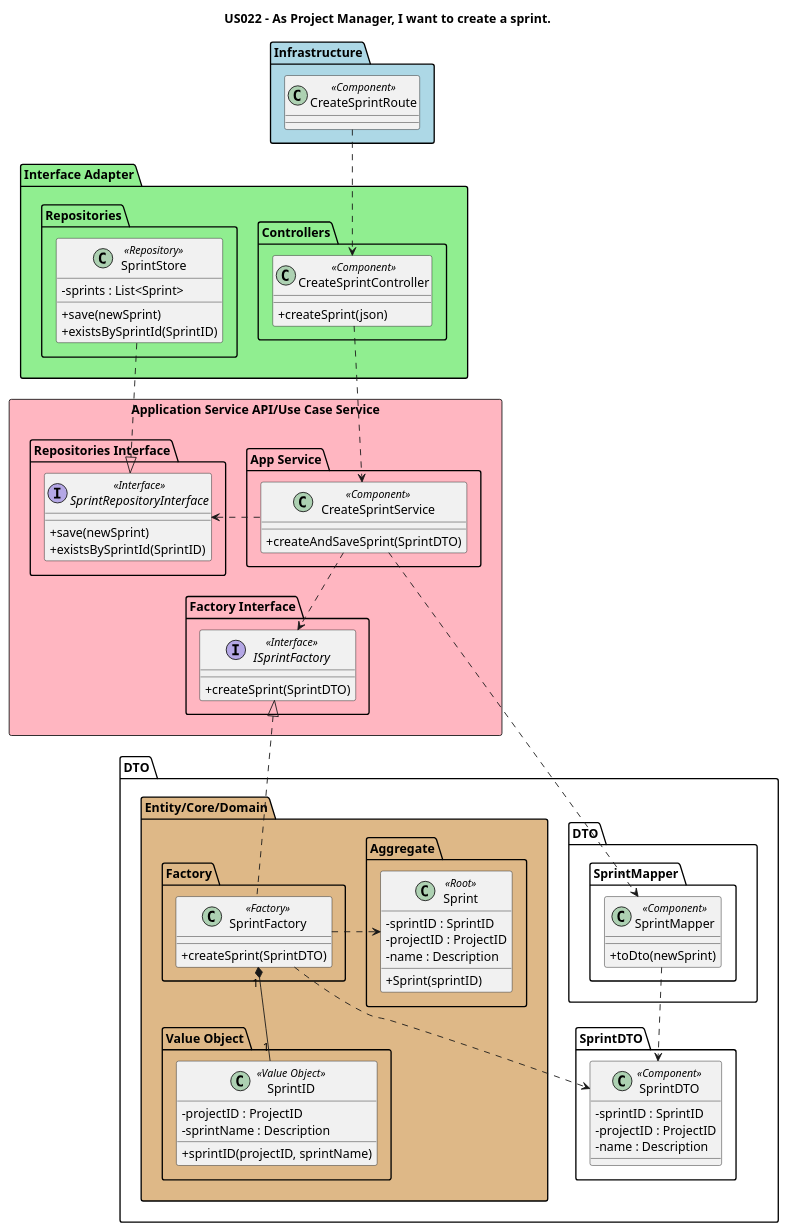
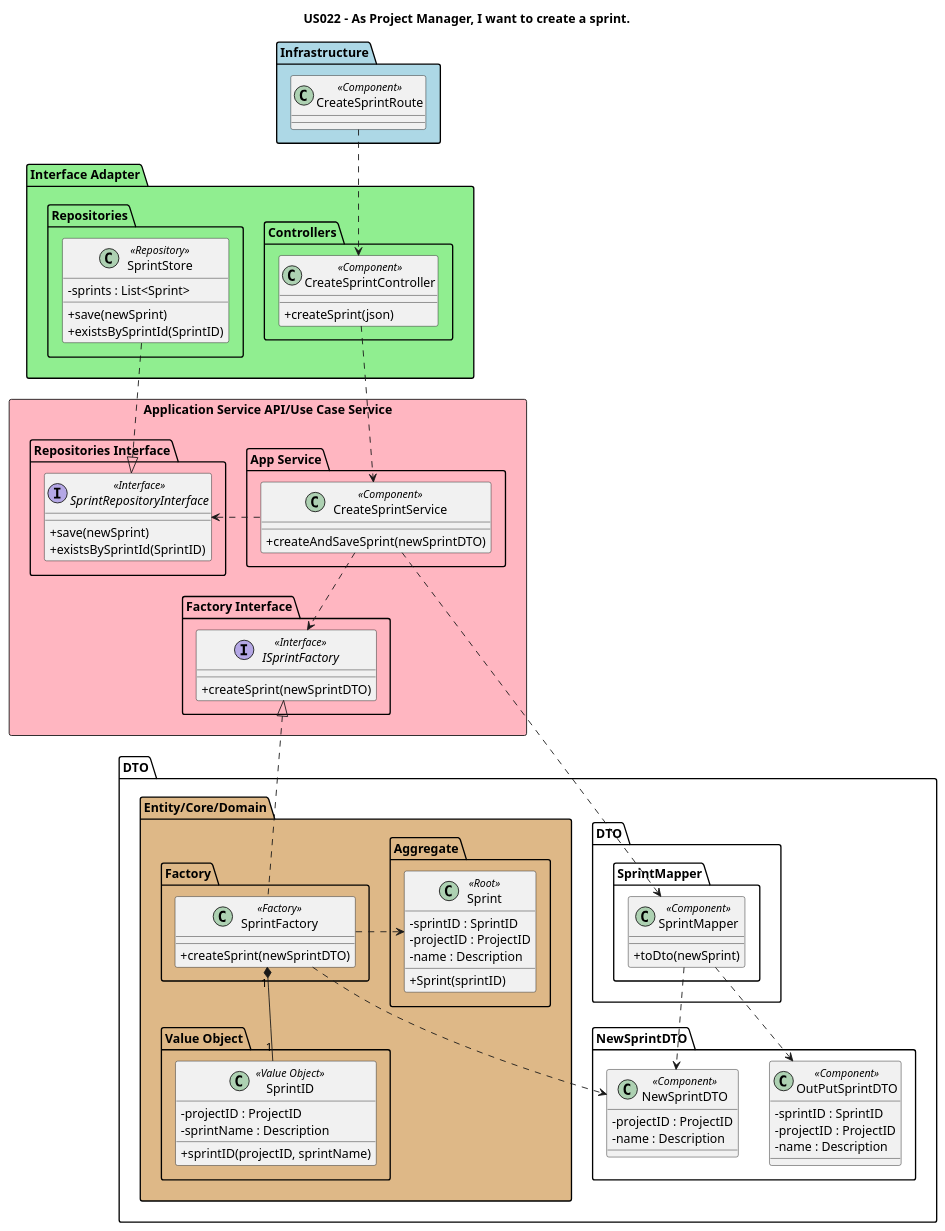
One commit to nunogon1211787/projectManagement changed the diagram in docs/Sprint2/US022/US022-CD-Reengenharia.puml. Above: the diagram before and after it, drawn with PlantUML. The commit also changed 1 other file, not shown here.

```diff
--- a/docs/Sprint2/US022/US022-CD-Reengenharia.puml
+++ b/docs/Sprint2/US022/US022-CD-Reengenharia.puml
@@ -1,98 +1,103 @@
 @startuml
 'https://plantuml.com/class-diagram'hide circle
 skinparam classAttributeIconSize 0
 
 title US022 - As Project Manager, I want to create a sprint.
 
 skinparam classAttributeIconSize 0
 
 package "Infrastructure" <<Folder>> #lightblue  {
 class "CreateSprintRoute" as route << Component >>
 }
 
 package "Interface Adapter" <<Folder>> #lightgreen {
 package "Controllers" <<Folder>>{
 class "CreateSprintController" as ctrl << Component >> {
 +createSprint(json)
 }
 }
 package "Repositories" <<Folder>>{
 class "SprintStore" as store << Repository >> {
 -sprints : List<Sprint>
 + save(newSprint)
 + existsBySprintId(SprintID)
 }
 }
 }
 package "Application Service API/Use Case Service" <<Rectangle>> #lightpink{
 package "App Service" <<Folder>>{
 class "CreateSprintService" as service << Component >> {
-+createAndSaveSprint(SprintDTO)
++createAndSaveSprint(newSprintDTO)
 }
 }
 package "Repositories Interface" <<Folder>>{
 interface "SprintRepositoryInterface" as repo << Interface >>{
 + save(newSprint)
 + existsBySprintId(SprintID)
 }
 }
 package "Factory Interface" <<Folder>>{
 interface "ISprintFactory" as factoryInterface << Interface >>{
-+createSprint(SprintDTO)
++createSprint(newSprintDTO)
 }
 }
 }
 package "DTO" <<Folder>> {
-package "SprintDTO" <<Folder>>{
-class "SprintDTO" as dto << Component >> {
+package "NewSprintDTO" <<Folder>>{
+class "NewSprintDTO" as dto << Component >> {
+- projectID : ProjectID
+- name : Description
+}
+class "OutPutSprintDTO" as outdto << Component >> {
 - sprintID : SprintID
 - projectID : ProjectID
 - name : Description
 }
 }
 package "DTO" <<Folder>> {
 package "SprintMapper" <<Folder>>{
 class "SprintMapper" as mapper << Component >> {
 + toDto(newSprint)
 }
 }
 }
 
 package "Entity/Core/Domain" <<Folder>> #burlywood{
 package "Aggregate" <<Folder>>{
 class "Sprint" as sprint << Root >> {
 - sprintID : SprintID
 - projectID : ProjectID
 - name : Description
 + Sprint(sprintID)
 }
 }
 package "Factory" <<Folder>>{
 class "SprintFactory" as sprintF << Factory >> {
-+createSprint(SprintDTO)
++createSprint(newSprintDTO)
 }
 }
 package "Value Object" <<Folder>>{
 class "SprintID" as sprintID << Value Object >> {
 -projectID : ProjectID
 -sprintName : Description
 +sprintID(projectID, sprintName)
 }
 }
 
 
 route ..> ctrl
 ctrl..> service
 store..|> repo
 service..> mapper
 sprintF..> dto
 service..> factoryInterface
 service..left> repo
 sprintF"1"*-d-"1" sprintID
 sprintF..right>sprint
 sprintF..up|>factoryInterface
 mapper ..> dto
+mapper ..> outdto
 
 
 
 @enduml
```
